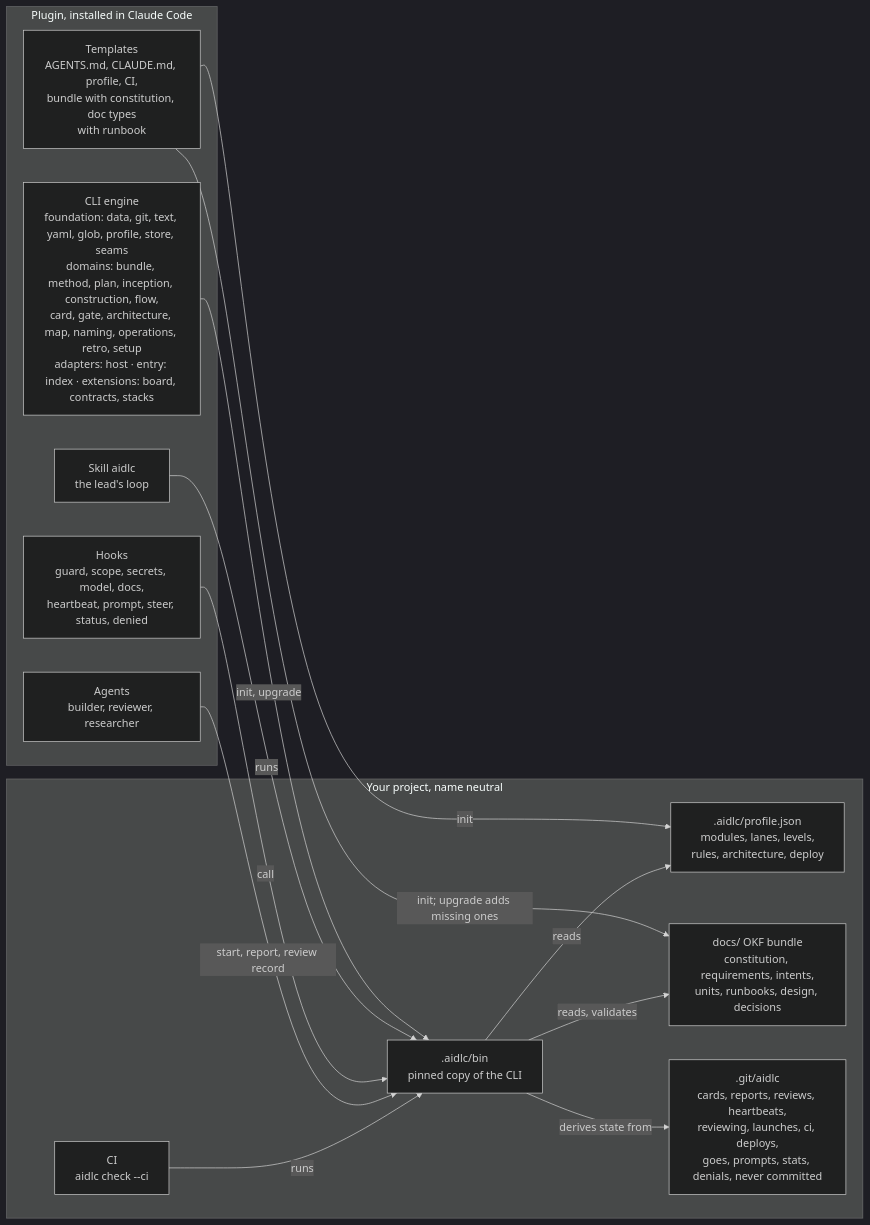
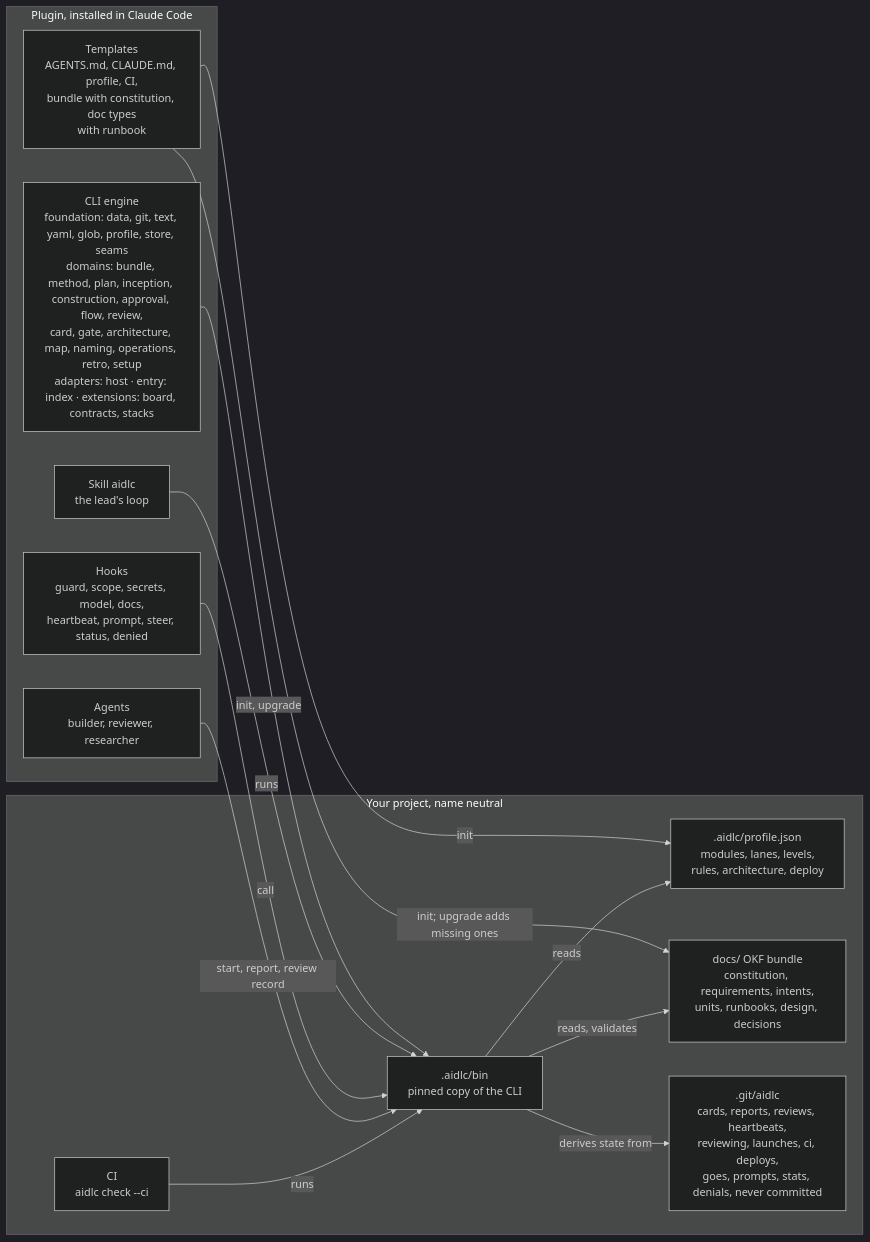
One commit to Scrollout/aidlc-team-plugin changed the second of 2 diagrams in README.md. Above: the diagram before and after it, drawn with Mermaid (dark theme). The commit also changed 15 other files, not shown here.

````diff
--- a/README.md
+++ b/README.md
@@ -77,29 +77,29 @@
 ```mermaid
 flowchart LR
   subgraph plugin["Plugin, installed in Claude Code"]
     skill["Skill aidlc<br/>the lead's loop"]
     agents["Agents<br/>builder, reviewer, researcher"]
     hooks["Hooks<br/>guard, scope, secrets, model, docs,<br/>heartbeat, prompt, steer, status, denied"]
-    cli["CLI engine<br/>foundation: data, git, text, yaml, glob, profile, store, seams<br/>domains: bundle, method, plan, inception, construction, flow,<br/>card, gate, architecture, map, naming, operations, retro, setup<br/>adapters: host · entry: index · extensions: board, contracts, stacks"]
+    cli["CLI engine<br/>foundation: data, git, text, yaml, glob, profile, store, seams<br/>domains: bundle, method, plan, inception, construction, approval, flow, review,<br/>card, gate, architecture, map, naming, operations, retro, setup<br/>adapters: host · entry: index · extensions: board, contracts, stacks"]
     templates["Templates<br/>AGENTS.md, CLAUDE.md, profile, CI,<br/>bundle with constitution, doc types<br/>with runbook"]
   end
 
   subgraph project["Your project, name neutral"]
     profile[".aidlc/profile.json<br/>modules, lanes, levels,<br/>rules, architecture, deploy"]
     bin[".aidlc/bin<br/>pinned copy of the CLI"]
     docs["docs/ OKF bundle<br/>constitution, requirements, intents,<br/>units, runbooks, design, decisions"]
     runtime[".git/aidlc<br/>cards, reports, reviews, heartbeats,<br/>reviewing, launches, ci, deploys,<br/>goes, prompts, stats, denials, never committed"]
     ci["CI<br/>aidlc check --ci"]
   end
 
   templates -- "init" --> profile
   templates -- "init; upgrade adds missing ones" --> docs
   cli -- "init, upgrade" --> bin
   skill -- "runs" --> bin
   hooks -- "call" --> bin
   agents -- "start, report, review record" --> bin
   ci -- "runs" --> bin
   bin -- "reads, validates" --> docs
   bin -- "reads" --> profile
   bin -- "derives state from" --> runtime
 ```
````
